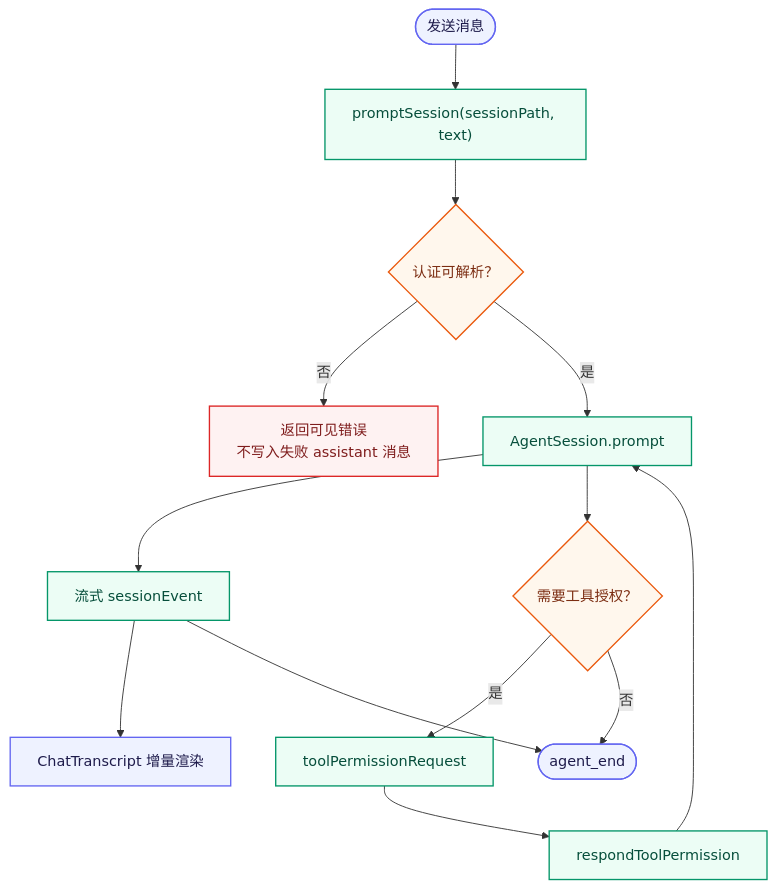
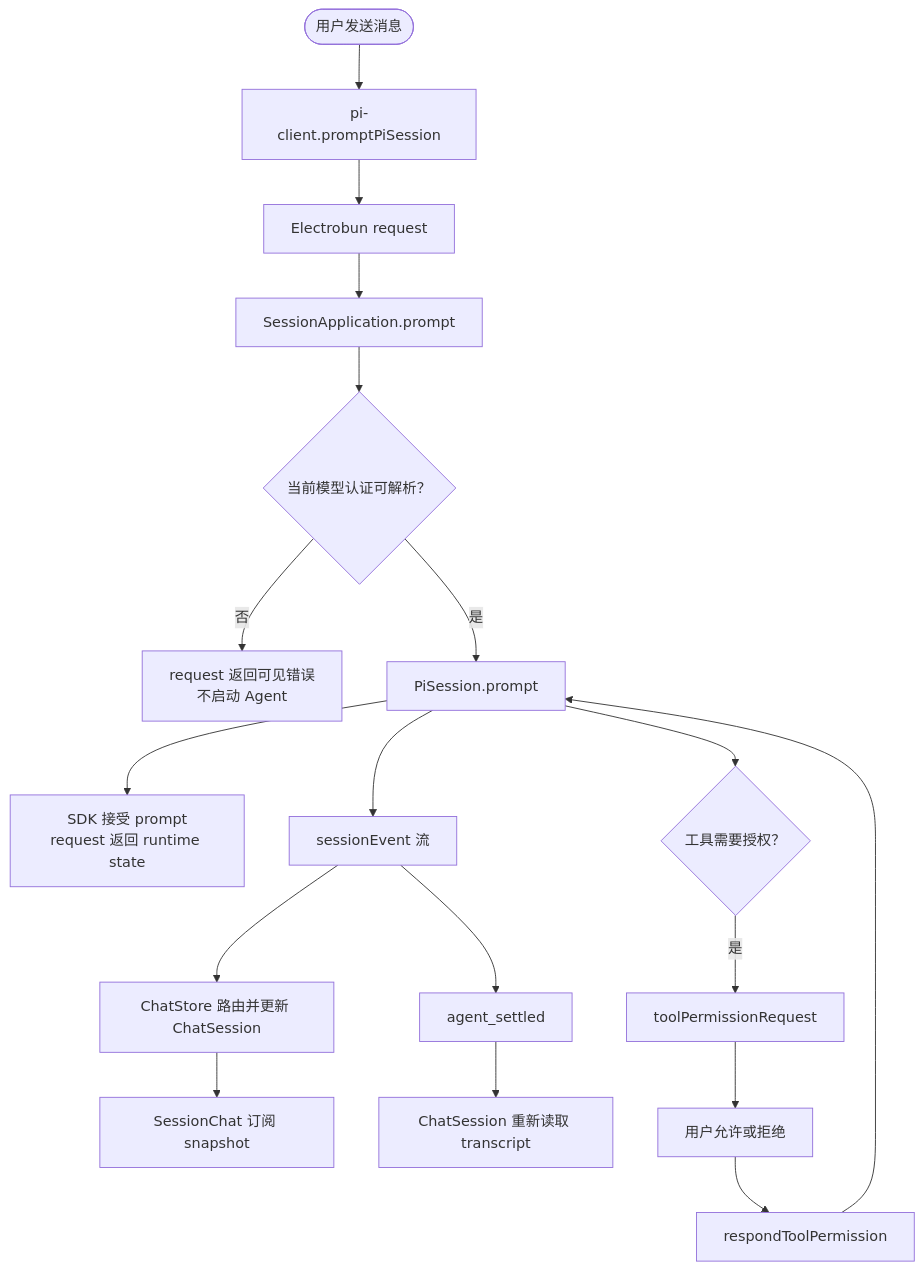
One commit to wind-chasers/oh-your-pi changed the second of 3 diagrams in ai.prompt/architecture.md. Above: the diagram before and after it, drawn with Mermaid. The commit also changed other lines of this file and 166 other files, not shown here.

First line of the commit message:
Refactor app architecture and enhance chat workflows (#1)

````diff
--- a/ai.prompt/architecture.md
+++ b/ai.prompt/architecture.md
@@ -56,22 +96,20 @@
 ```mermaid
 flowchart TB
-  Send([发送消息]) --> Command["promptSession(sessionPath, text)"]
-  Command --> Auth{"认证可解析？"}
-  Auth -->|否| Reject["返回可见错误\n不写入失败 assistant 消息"]
-  Auth -->|是| Prompt["AgentSession.prompt"]
-  Prompt --> Stream["流式 sessionEvent"]
-  Stream --> Render["ChatTranscript 增量渲染"]
-  Prompt --> Permission{"需要工具授权？"}
-  Permission -->|是| Ask["toolPermissionRequest"] --> Reply["respondToolPermission"] --> Prompt
-  Permission -->|否| Done([agent_end])
-  Stream --> Done
-
-  classDef entry fill:#EEF2FF,stroke:#6366F1,color:#1E1B4B,stroke-width:1.5px;
-  classDef action fill:#ECFDF5,stroke:#059669,color:#064E3B,stroke-width:1.5px;
-  classDef decision fill:#FFF7ED,stroke:#EA580C,color:#7C2D12,stroke-width:1.5px;
-  classDef failure fill:#FEF2F2,stroke:#DC2626,color:#7F1D1D,stroke-width:1.5px;
-  class Send,Render,Done entry;
-  class Command,Prompt,Stream,Ask,Reply action;
-  class Auth,Permission decision;
-  class Reject failure;
+  Send(["用户发送消息"]) --> Client["pi-client.promptPiSession"]
+  Client --> RPC["Electrobun request"]
+  RPC --> App["SessionApplication.prompt"]
+  App --> Auth{"当前模型认证可解析？"}
+  Auth -->|"否"| Reject["request 返回可见错误\n不启动 Agent"]
+  Auth -->|"是"| Prompt["PiSession.prompt"]
+  Prompt --> Accepted["SDK 接受 prompt\nrequest 返回 runtime state"]
+  Prompt --> Stream["sessionEvent 流"]
+  Stream --> Store["ChatStore 路由并更新 ChatSession"]
+  Store --> Render["SessionChat 订阅 snapshot"]
+  Stream --> Settled["agent_settled"]
+  Settled --> Refresh["ChatSession 重新读取 transcript"]
+  Prompt --> Permission{"工具需要授权？"}
+  Permission -->|"是"| Ask["toolPermissionRequest"]
+  Ask --> Decide["用户允许或拒绝"]
+  Decide --> Reply["respondToolPermission"]
+  Reply --> Prompt
 ```
````
